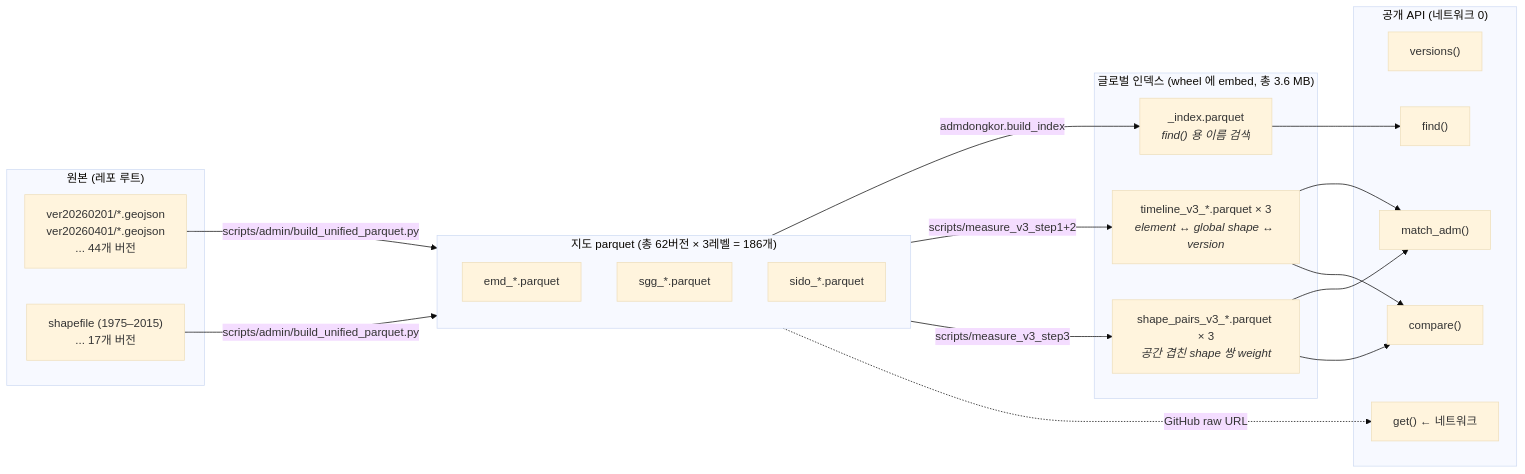
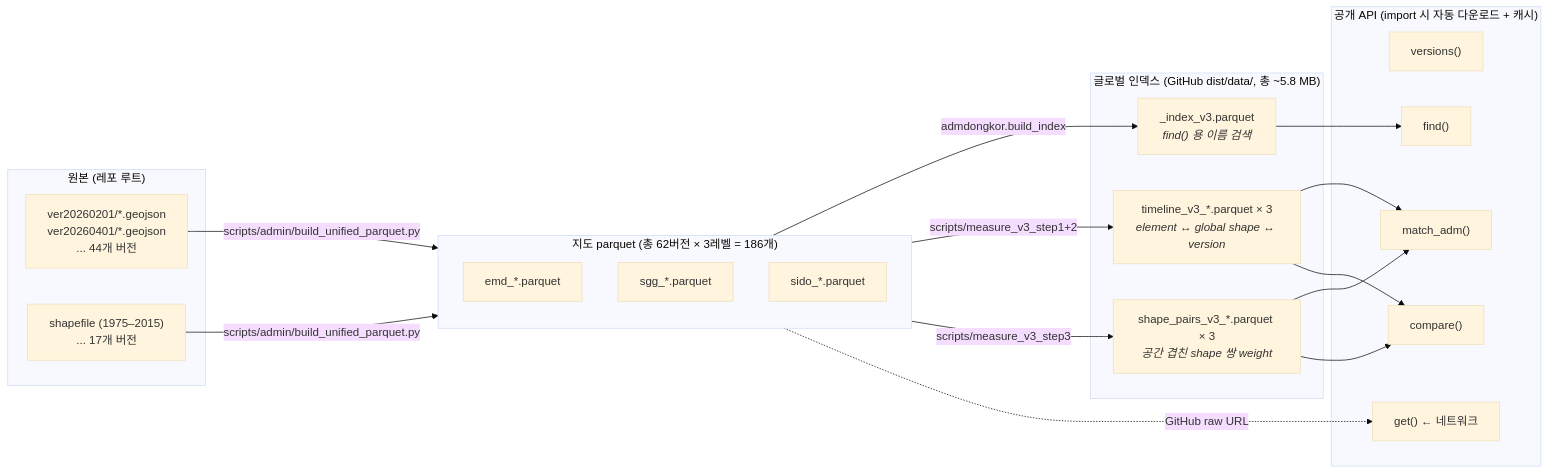
One commit to vuski/admdongkor changed the first of 5 diagrams in lib/INDEX_ARCHITECTURE.md. Above: the diagram before and after it, drawn with Mermaid (base theme). The commit also changed other lines of this file and 10 other files, not shown here.

Commit message:
lib 0.6.0: 인덱스 wheel embed 제거, dist/data 자동 다운로드 + manifest 검증

````diff
--- a/lib/INDEX_ARCHITECTURE.md
+++ b/lib/INDEX_ARCHITECTURE.md
@@ -10,39 +10,39 @@
 ```mermaid
 flowchart LR
     subgraph RAW["원본 (레포 루트)"]
         G["ver20260201/*.geojson<br/>ver20260401/*.geojson<br/>... 44개 버전"]
         S["shapefile (1975–2015)<br/>... 17개 버전"]
     end
 
     subgraph MAPS["지도 parquet (총 62버전 × 3레벨 = 186개)"]
         E["emd_*.parquet"]
         SG["sgg_*.parquet"]
         SI["sido_*.parquet"]
     end
 
-    subgraph INDEX["글로벌 인덱스 (wheel 에 embed, 총 3.6 MB)"]
-        IX["_index.parquet<br/><i>find() 용 이름 검색</i>"]
+    subgraph INDEX["글로벌 인덱스 (GitHub dist/data/, 총 ~5.8 MB)"]
+        IX["_index_v3.parquet<br/><i>find() 용 이름 검색</i>"]
         TL["timeline_v3_*.parquet × 3<br/><i>element ↔ global shape ↔ version</i>"]
         SP["shape_pairs_v3_*.parquet × 3<br/><i>공간 겹친 shape 쌍 weight</i>"]
     end
 
-    subgraph API["공개 API (네트워크 0)"]
+    subgraph API["공개 API (import 시 자동 다운로드 + 캐시)"]
         V["versions()"]
         F["find()"]
         GT["get() ← 네트워크"]
         M["match_adm()"]
         C["compare()"]
     end
 
     G -->|scripts/admin/build_unified_parquet.py| MAPS
     S -->|scripts/admin/build_unified_parquet.py| MAPS
     MAPS -->|admdongkor.build_index| IX
     MAPS -->|scripts/measure_v3_step1+2| TL
     MAPS -->|scripts/measure_v3_step3| SP
     IX --> F
     TL --> M
     TL --> C
     SP --> M
     SP --> C
     MAPS -.GitHub raw URL.-> GT
 ```
````
